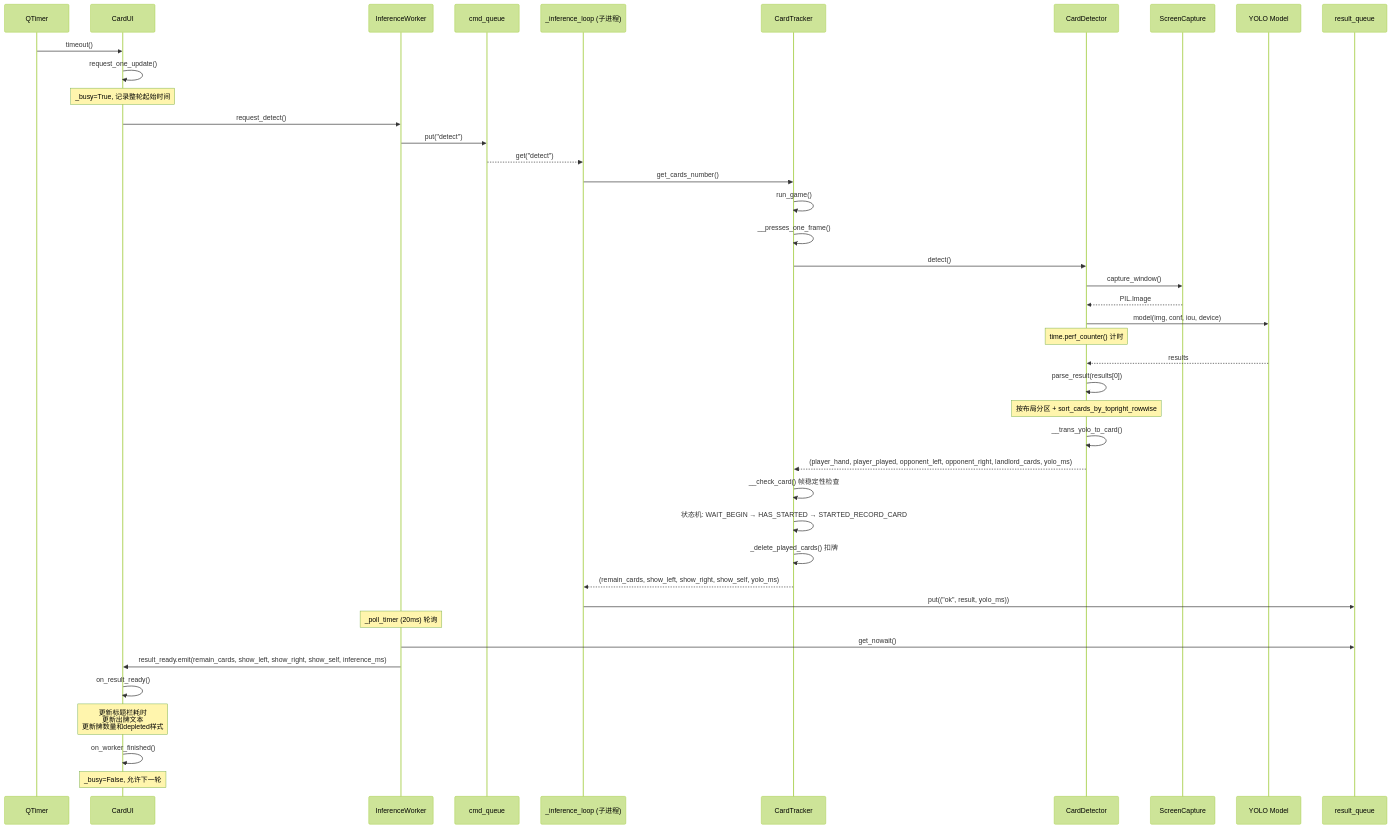
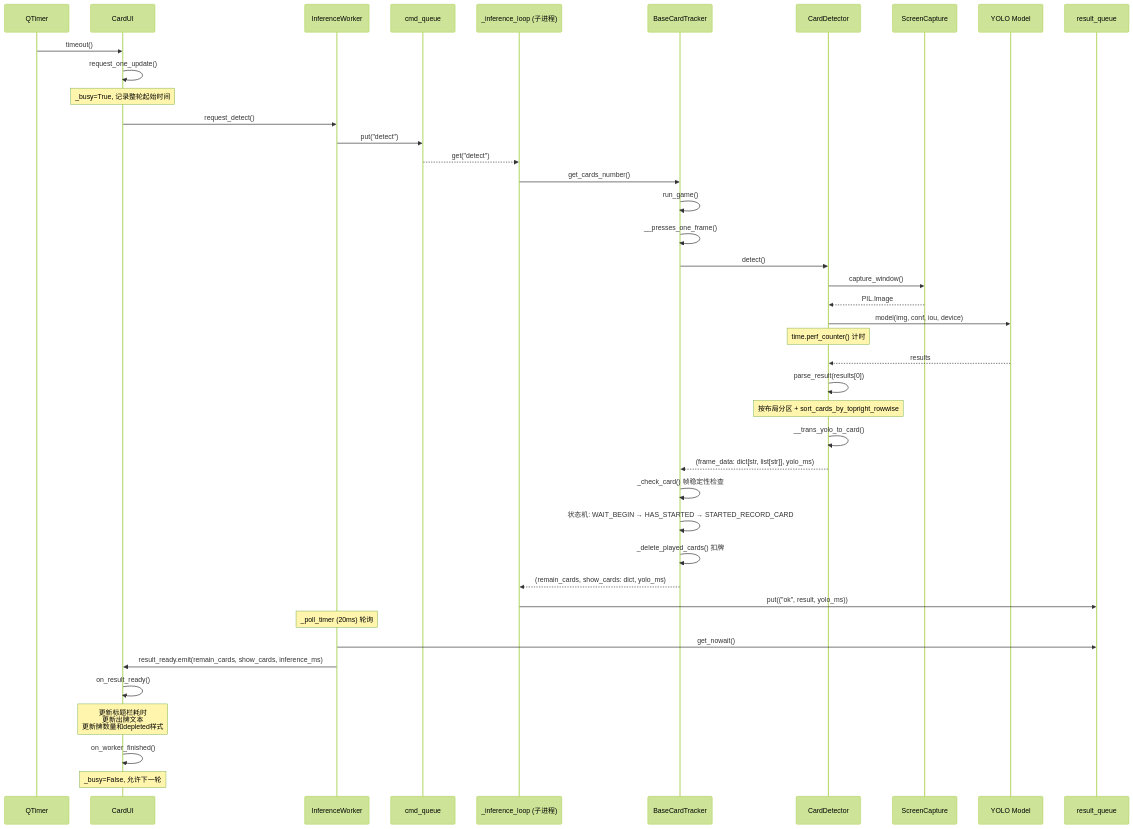
The first of 5 diagrams in docs/sequence-diagram.md (luckFan0519/han-card-tracker), drawn with Mermaid (forest theme) before and after one commit. The commit also changed other lines of this file and 14 other files, not shown here.

````diff
--- a/docs/sequence-diagram.md
+++ b/docs/sequence-diagram.md
@@ -9,51 +9,51 @@
 ```mermaid
 sequenceDiagram
     participant Timer as QTimer
     participant UI as CardUI
     participant Worker as InferenceWorker
     participant CmdQ as cmd_queue
     participant SubProc as _inference_loop (子进程)
-    participant Tracker as CardTracker
+    participant Tracker as BaseCardTracker
     participant Detector as CardDetector
     participant Capture as ScreenCapture
     participant YOLO as YOLO Model
     participant ResultQ as result_queue
 
     Timer->>UI: timeout()
     UI->>UI: request_one_update()
     Note over UI: _busy=True, 记录整轮起始时间
     UI->>Worker: request_detect()
     Worker->>CmdQ: put("detect")
 
     CmdQ-->>SubProc: get("detect")
     SubProc->>Tracker: get_cards_number()
     Tracker->>Tracker: run_game()
     Tracker->>Tracker: __presses_one_frame()
     Tracker->>Detector: detect()
 
     Detector->>Capture: capture_window()
     Capture-->>Detector: PIL.Image
     Detector->>YOLO: model(img, conf, iou, device)
     Note over Detector: time.perf_counter() 计时
     YOLO-->>Detector: results
     Detector->>Detector: parse_result(results[0])
     Note over Detector: 按布局分区 + sort_cards_by_topright_rowwise
     Detector->>Detector: __trans_yolo_to_card()
-    Detector-->>Tracker: (player_hand, player_played, opponent_left, opponent_right, landlord_cards, yolo_ms)
+    Detector-->>Tracker: (frame_data: dict[str, list[str]], yolo_ms)
 
-    Tracker->>Tracker: __check_card() 帧稳定性检查
+    Tracker->>Tracker: _check_card() 帧稳定性检查
     Tracker->>Tracker: 状态机: WAIT_BEGIN → HAS_STARTED → STARTED_RECORD_CARD
     Tracker->>Tracker: _delete_played_cards() 扣牌
-    Tracker-->>SubProc: (remain_cards, show_left, show_right, show_self, yolo_ms)
+    Tracker-->>SubProc: (remain_cards, show_cards: dict, yolo_ms)
 
     SubProc->>ResultQ: put(("ok", result, yolo_ms))
 
     Note over Worker: _poll_timer (20ms) 轮询
     Worker->>ResultQ: get_nowait()
-    Worker->>UI: result_ready.emit(remain_cards, show_left, show_right, show_self, inference_ms)
+    Worker->>UI: result_ready.emit(remain_cards, show_cards, inference_ms)
 
     UI->>UI: on_result_ready()
     Note over UI: 更新标题栏耗时<br/>更新出牌文本<br/>更新牌数量和depleted样式
     UI->>UI: on_worker_finished()
     Note over UI: _busy=False, 允许下一轮
 ```
````
